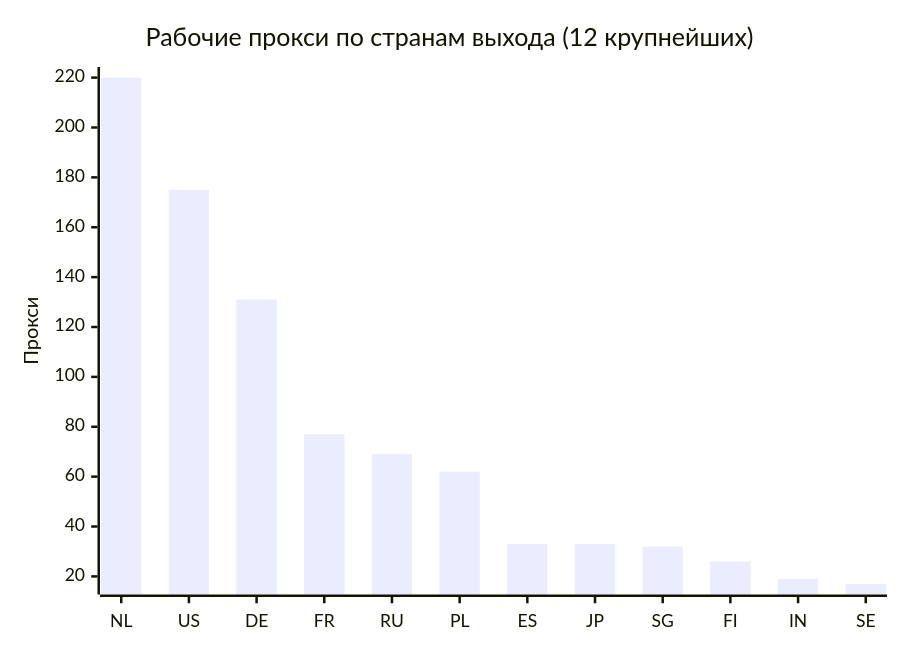
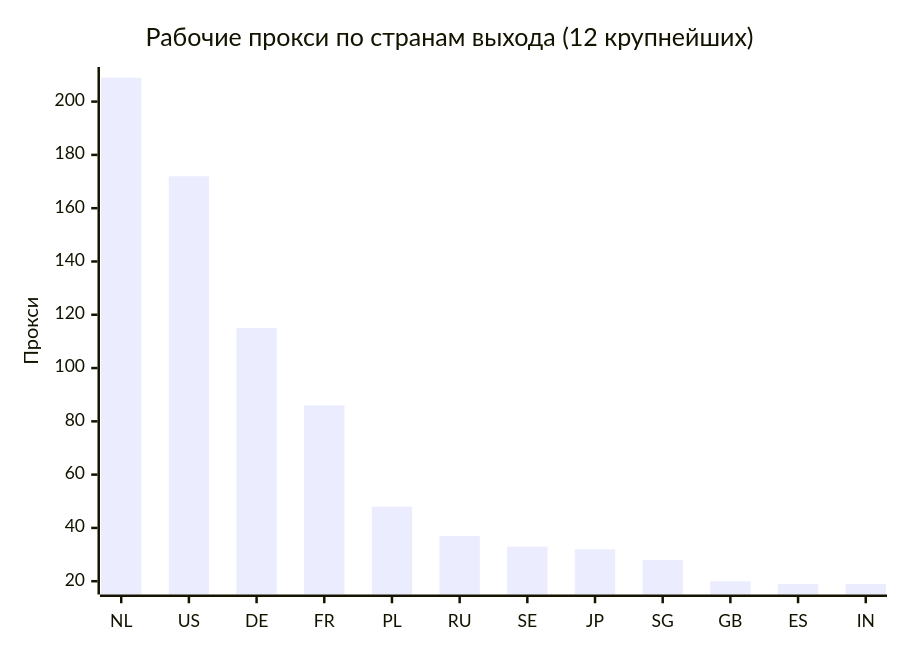
One commit to rvvg/proxy-subs changed the second of 4 diagrams in README.md. Above: the diagram before and after it, drawn with Mermaid. The commit also changed other lines of this file and 48 other files, not shown here.

````diff
--- a/README.md
+++ b/README.md
@@ -130,7 +123,7 @@
 ```mermaid
 xychart-beta
     title "Рабочие прокси по странам выхода (12 крупнейших)"
-    x-axis ["NL", "US", "DE", "FR", "RU", "PL", "ES", "JP", "SG", "FI", "IN", "SE"]
+    x-axis ["NL", "US", "DE", "FR", "PL", "RU", "SE", "JP", "SG", "GB", "ES", "IN"]
     y-axis "Прокси"
-    bar [220, 175, 131, 77, 69, 62, 33, 33, 32, 26, 19, 17]
+    bar [209, 172, 115, 86, 48, 37, 33, 32, 28, 20, 19, 19]
 ```
````
